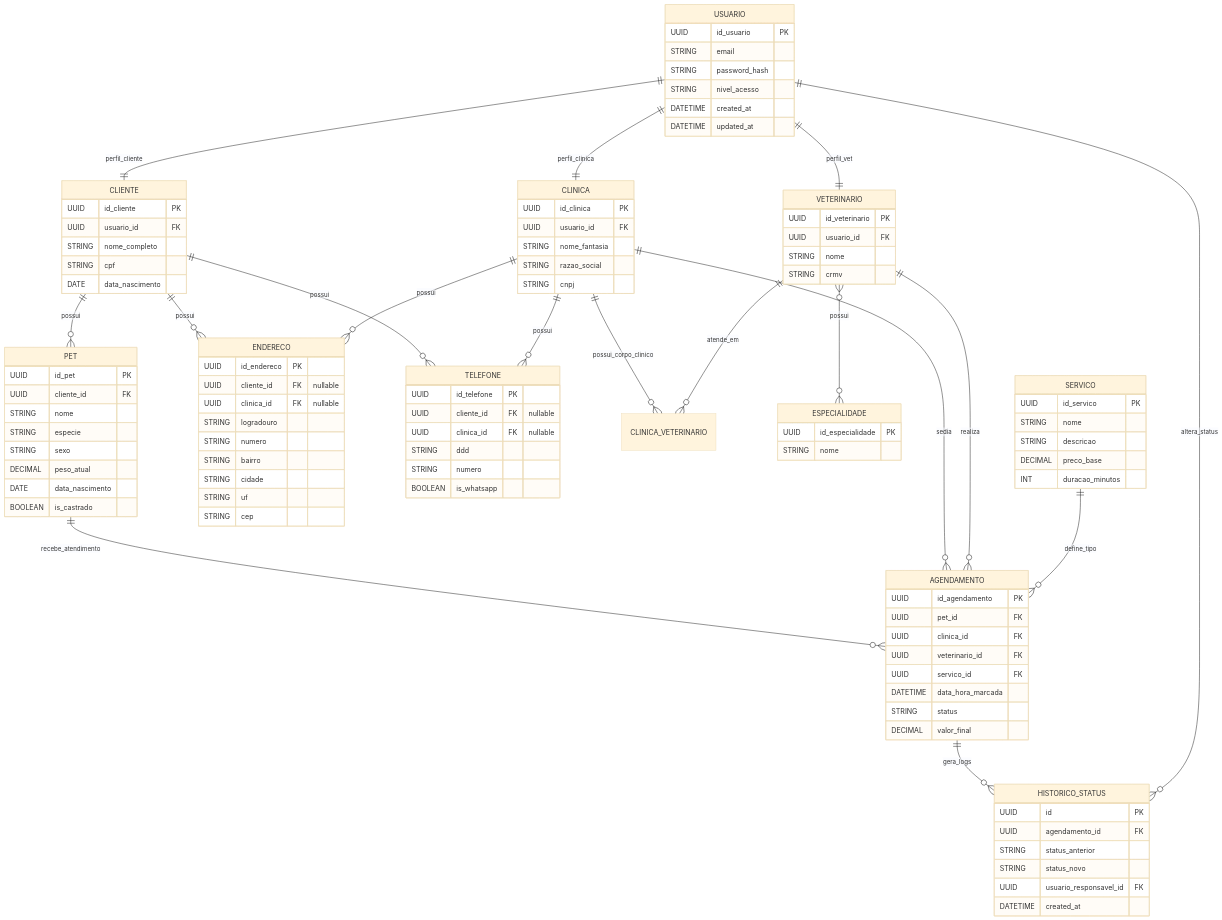
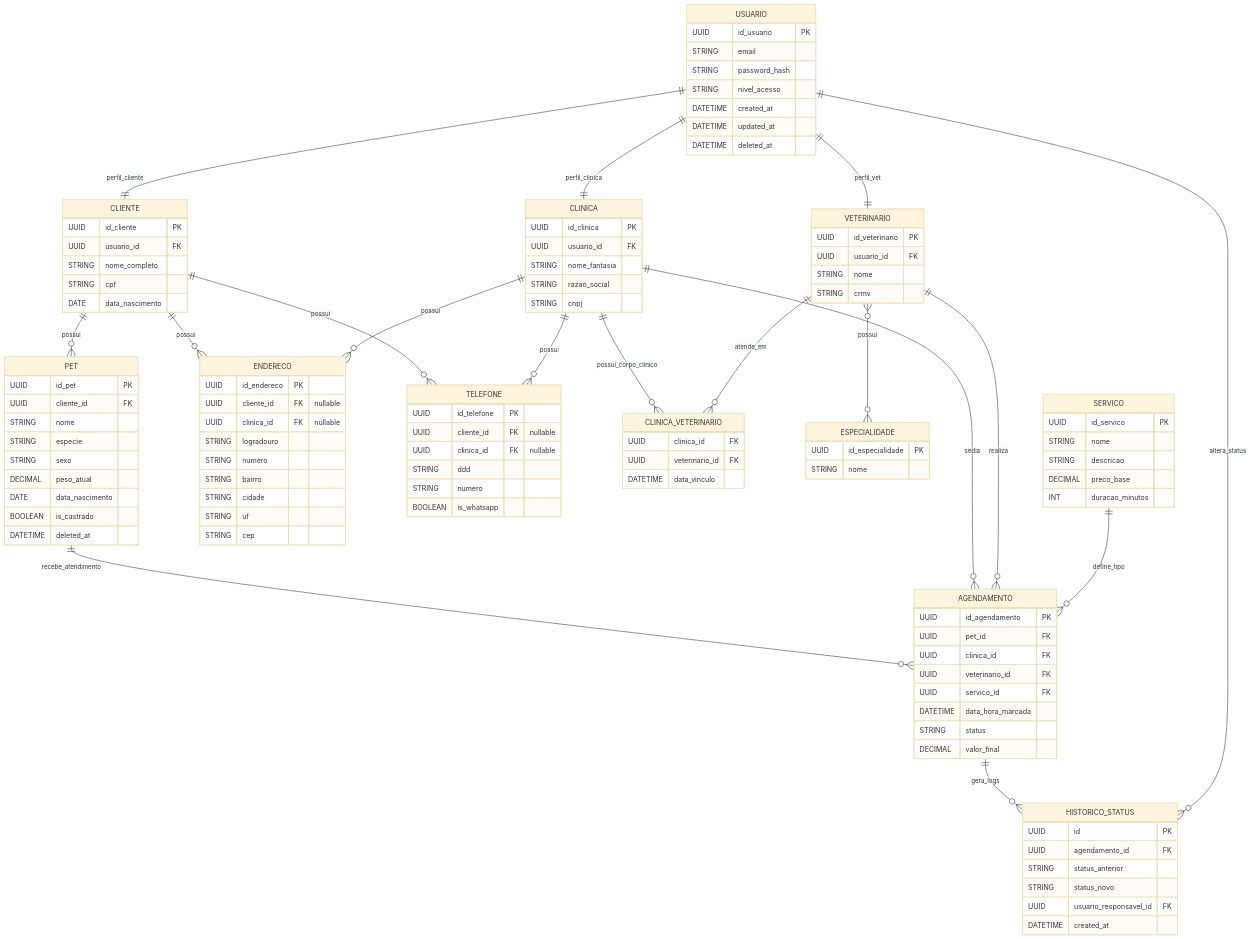
Before and after one commit to GabrielPires345/PetCare: the diagram in README.md, drawn with Mermaid (base theme).

```diff
--- a/README.md
+++ b/README.md
@@ -84,6 +84,7 @@
         STRING nivel_acesso
         DATETIME created_at
         DATETIME updated_at
+        DATETIME deleted_at
     }
 
     CLIENTE {
@@ -99,6 +100,12 @@
         UUID usuario_id FK
         STRING nome
         STRING crmv
+    }
+
+    CLINICA_VETERINARIO {
+        UUID clinica_id FK
+        UUID veterinario_id FK
+        DATETIME data_vinculo
     }
 
     ESPECIALIDADE {
@@ -144,6 +151,7 @@
         DECIMAL peso_atual
         DATE data_nascimento
         BOOLEAN is_castrado
+        DATETIME deleted_at
     }
 
     AGENDAMENTO {
```
